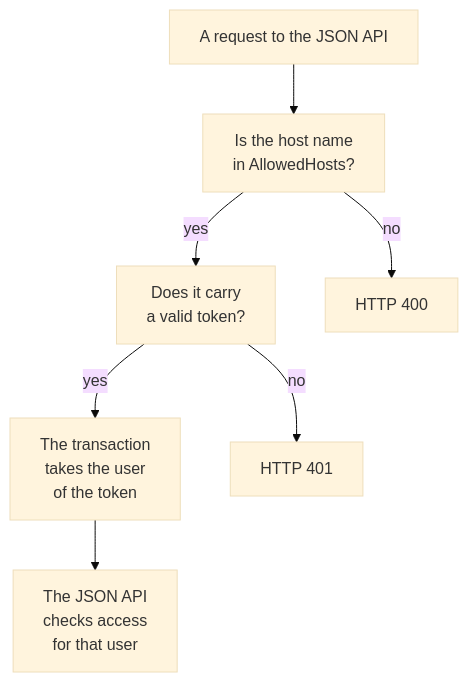
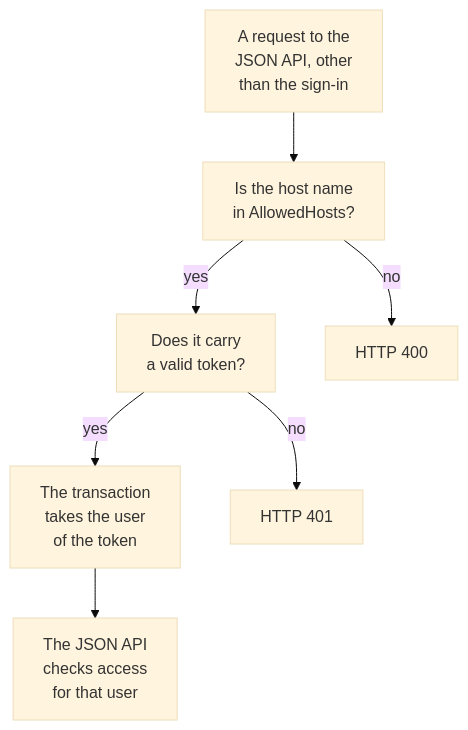
The diagram in docs/src/content/docs/authentication.md (allors/allors3), drawn with Mermaid (base theme) before and after one commit. The commit also changed other lines of this file and 2 other files, not shown here.

First line of the commit message:
docs(website): correct the server pages after a check against the source

````diff
--- a/docs/src/content/docs/authentication.md
+++ b/docs/src/content/docs/authentication.md
@@ -22,11 +22,11 @@
 ```mermaid
 flowchart TD
-    accTitle: How the server handles a request to the JSON API
-    accDescr: A request first meets the host filter, which answers HTTP 400 when the host name is not in AllowedHosts. Then the bearer scheme checks the token, and a request without a valid token gets HTTP 401. A request with a valid token runs in a transaction that takes its user from the token, and the JSON API checks access for that user.
-    R["A request to the JSON API"] --> H["Is the host name<br>in AllowedHosts?"]
+    accTitle: How the server handles a request to the JSON API that needs a token
+    accDescr: A request to the JSON API, other than the sign-in, first meets the host filter, which answers HTTP 400 when the host name is not in AllowedHosts. Then the bearer scheme checks the token, and a request without a valid token gets HTTP 401. A request with a valid token runs in a transaction that takes its user from the token, and the JSON API checks access for that user.
+    R["A request to the<br>JSON API, other<br>than the sign-in"] --> H["Is the host name<br>in AllowedHosts?"]
     H -- yes --> T["Does it carry<br>a valid token?"]
     T -- yes --> U["The transaction<br>takes the user<br>of the token"]
     U --> A["The JSON API<br>checks access<br>for that user"]
     H -- no --> E1["HTTP 400"]
     T -- no --> E2["HTTP 401"]
 ```
````
